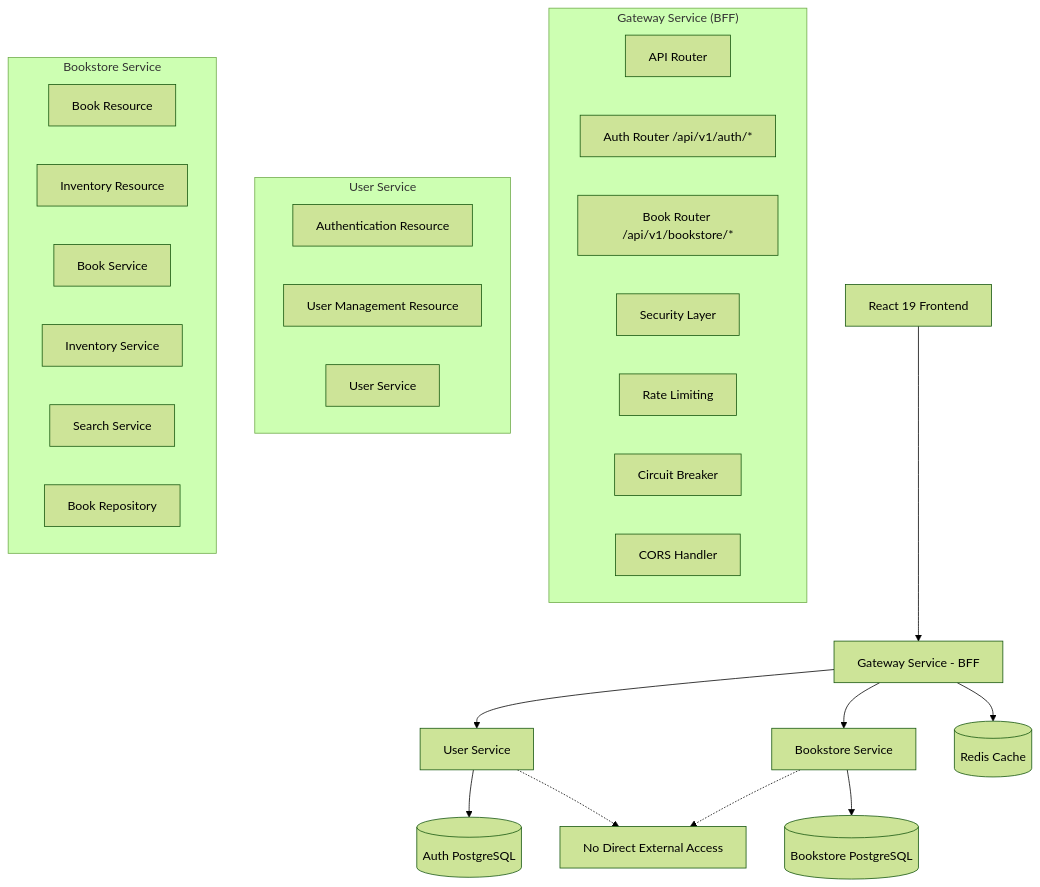
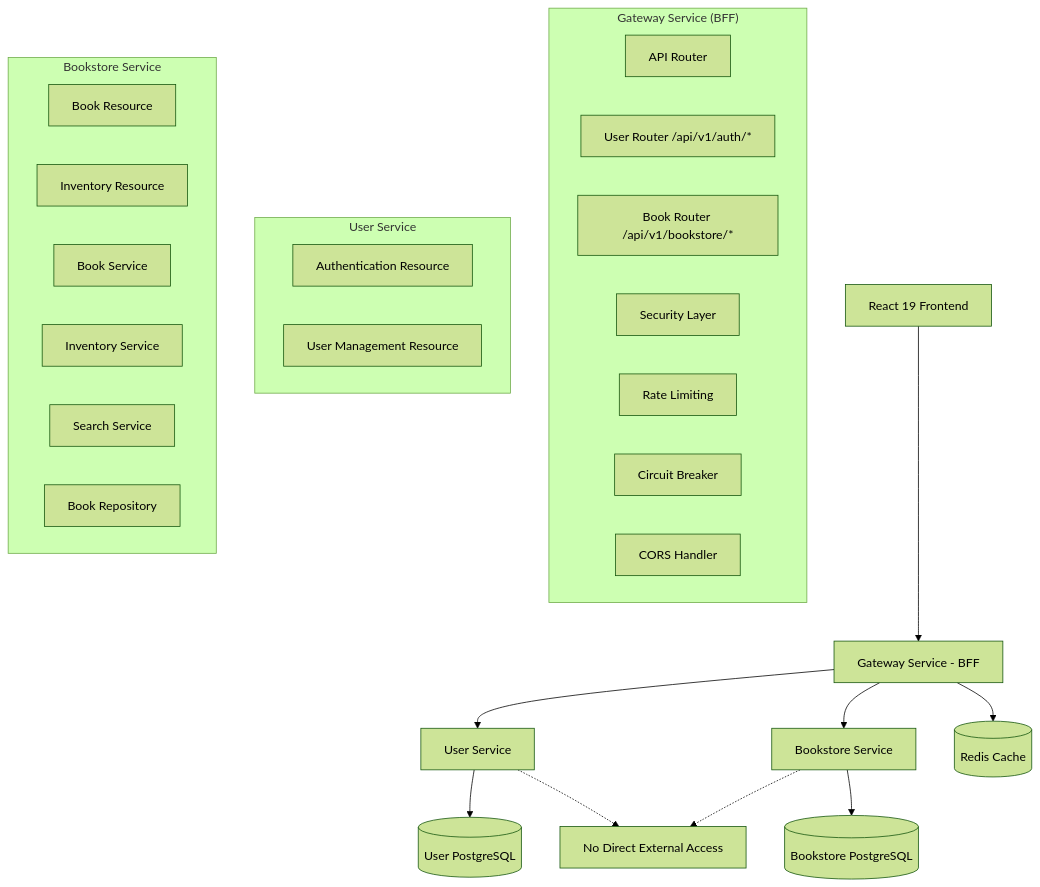
One commit to IQKV/microservices-platform changed the diagram in .kiro/specs/bookstore-service/design.md. Above: the diagram before and after it, drawn with Mermaid (forest theme). The commit also changed other lines of this file and 53 other files, not shown here.

Commit message:
chore: migrate to user-service naming

````diff
--- a/.kiro/specs/bookstore-service/design.md
+++ b/.kiro/specs/bookstore-service/design.md
@@ -21,39 +21,37 @@
 ```mermaid
 graph TB
     React[React 19 Frontend] --> Gateway[Gateway Service - BFF]
-    Gateway --> Auth[User Service]
+    Gateway --> User[User Service]
     Gateway --> Bookstore[Bookstore Service]
-    Auth --> AuthDB[(Auth PostgreSQL)]
+    User --> UserDB[(User PostgreSQL)]
     Bookstore --> BookDB[(Bookstore PostgreSQL)]
     Gateway --> Redis[(Redis Cache)]
 
     subgraph "Gateway Service (BFF)"
         Router[API Router]
-        AuthRouter[Auth Router /api/v1/auth/*]
+        UserRouter[User Router /api/v1/auth/*]
         BookRouter[Book Router /api/v1/bookstore/*]
         Security[Security Layer]
         RateLimit[Rate Limiting]
         CircuitBreaker[Circuit Breaker]
         CORS[CORS Handler]
     end
 
     subgraph "User Service"
-        AuthResource[Authentication Resource]
-        UserResource[User Management Resource]
-        UserService[User Service]
-        UserService[User Service]
+        AuthenticationResource[Authentication Resource]
+        UserManagementResource[User Management Resource]
     end
 
     subgraph "Bookstore Service"
         BookResource[Book Resource]
         InventoryResource[Inventory Resource]
         BookService[Book Service]
         InventoryService[Inventory Service]
         SearchService[Search Service]
         BookRepository[Book Repository]
     end
 
     Note1[No Direct External Access]
-    Auth -.-> Note1
+    User -.-> Note1
     Bookstore -.-> Note1
 ```
````
